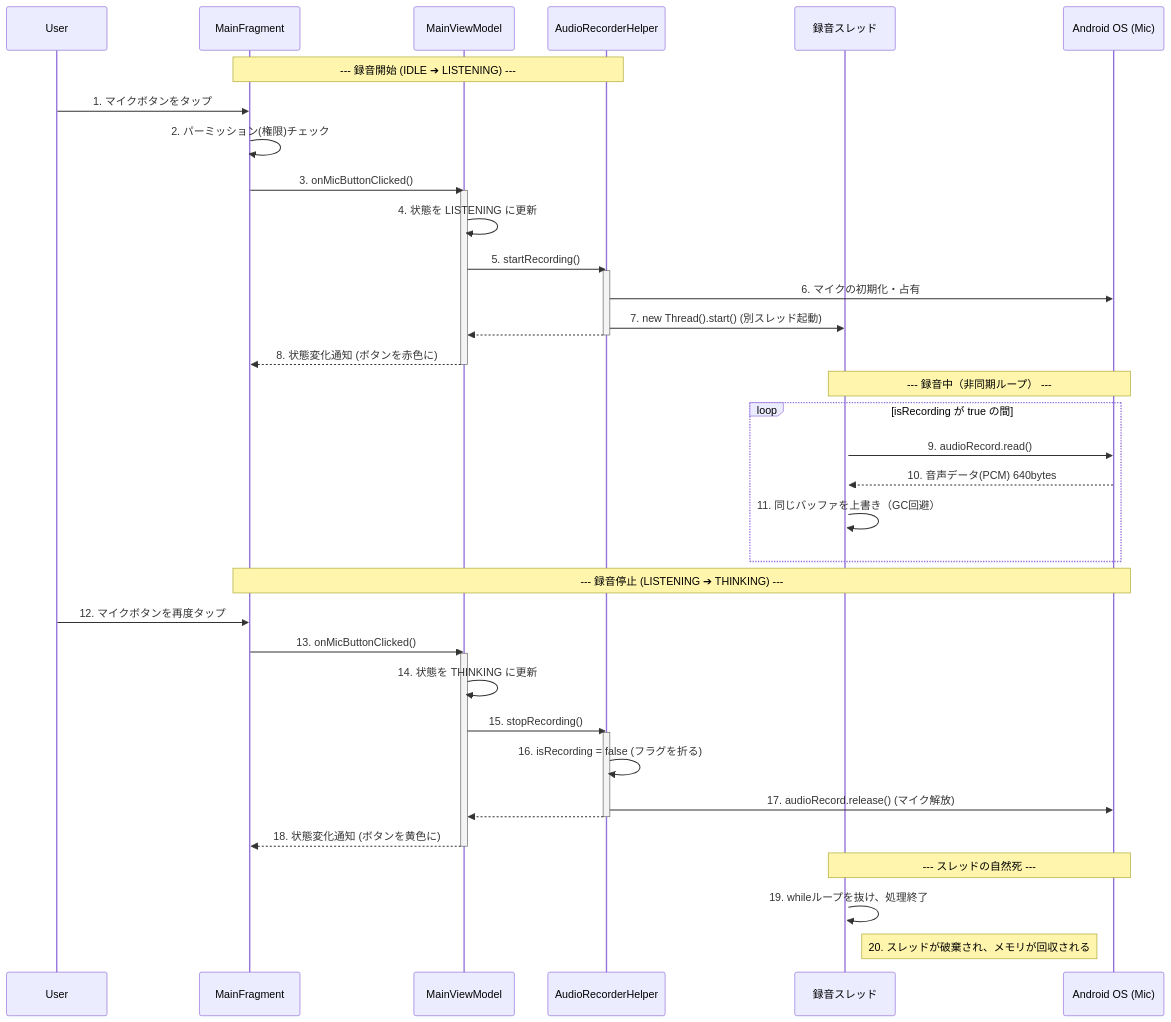
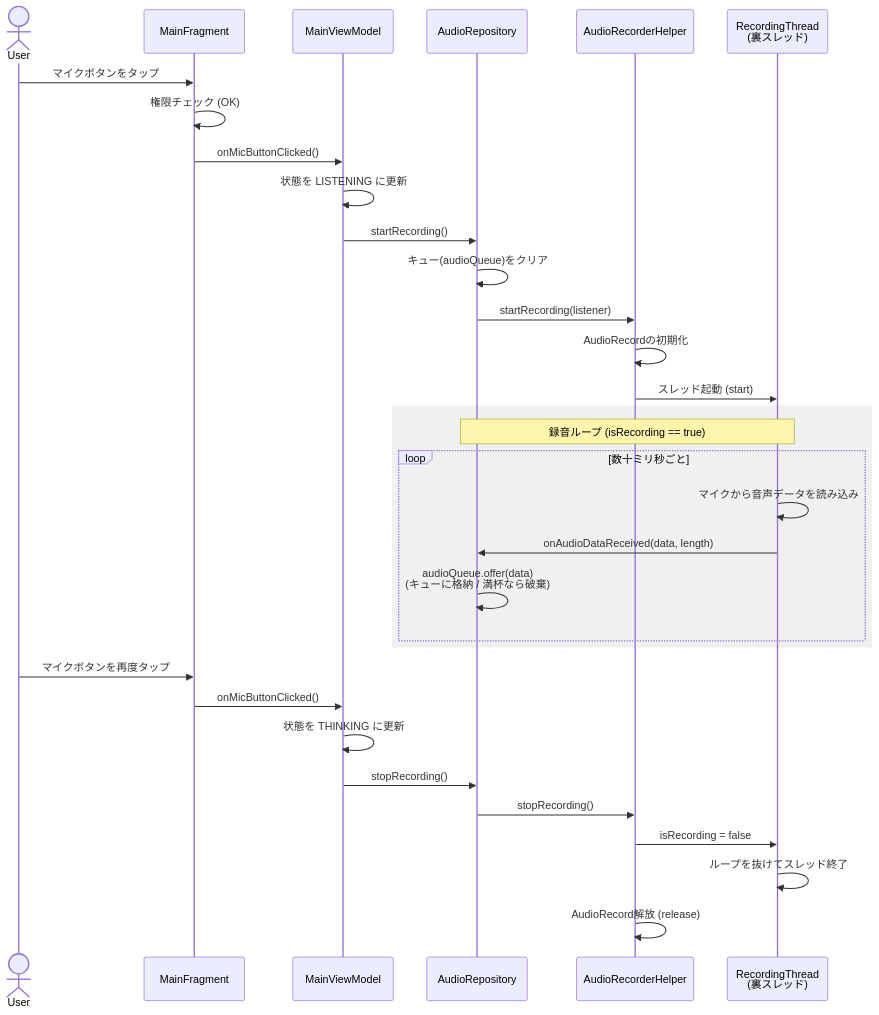
One commit to rotani/android-study changed the second of 2 diagrams in README.md. Above: the diagram before and after it, drawn with Mermaid. The commit also changed other lines of this file and 4 other files, not shown here.

````diff
--- a/README.md
+++ b/README.md
@@ -72,51 +69,37 @@
 ```mermaid
 sequenceDiagram
-    participant User
-    participant View as MainFragment
+    actor User
+    participant UI as MainFragment
     participant VM as MainViewModel
+    participant Repo as AudioRepository
     participant Audio as AudioRecorderHelper
-    participant Thread as 録音スレッド
-    participant OS as Android OS (Mic)
+    participant Thread as RecordingThread<br/>(裏スレッド)
 
-    Note over View, Audio: --- 録音開始 (IDLE ➔ LISTENING) ---
-    User->>View: 1. マイクボタンをタップ
-    View->>View: 2. パーミッション(権限)チェック
-    View->>VM: 3. onMicButtonClicked()
-    activate VM
-    VM->>VM: 4. 状態を LISTENING に更新
-    VM->>Audio: 5. startRecording()
-    activate Audio
-    Audio->>OS: 6. マイクの初期化・占有
-    Audio->>Thread: 7. new Thread().start() (別スレッド起動)
-    activate Thread
-    Audio-->>VM: 
-    deactivate Audio
-    VM-->>View: 8. 状態変化通知 (ボタンを赤色に)
-    deactivate VM
+    User->>UI: マイクボタンをタップ
+    UI->>UI: 権限チェック (OK)
+    UI->>VM: onMicButtonClicked()
+    VM->>VM: 状態を LISTENING に更新
+    VM->>Repo: startRecording()
+    Repo->>Repo: キュー(audioQueue)をクリア
+    Repo->>Audio: startRecording(listener)
+    Audio->>Audio: AudioRecordの初期化
+    Audio->>Thread: スレッド起動 (start)
 
-    Note over Thread, OS: --- 録音中（非同期ループ） ---
-    loop isRecording が true の間
-        Thread->>OS: 9. audioRecord.read()
-        OS-->>Thread: 10. 音声データ(PCM) 640bytes
-        Thread->>Thread: 11. 同じバッファを上書き（GC回避）
+    rect rgb(240, 240, 240)
+        Note over Thread, Repo: 録音ループ (isRecording == true)
+        loop 数十ミリ秒ごと
+            Thread->>Thread: マイクから音声データを読み込み
+            Thread->>Repo: onAudioDataReceived(data, length)
+            Repo->>Repo: audioQueue.offer(data) <br/>(キューに格納 / 満杯なら破棄)
+        end
     end
 
-    Note over View, OS: --- 録音停止 (LISTENING ➔ THINKING) ---
-    User->>View: 12. マイクボタンを再度タップ
-    View->>VM: 13. onMicButtonClicked()
-    activate VM
-    VM->>VM: 14. 状態を THINKING に更新
-    VM->>Audio: 15. stopRecording()
-    activate Audio
-    Audio->>Audio: 16. isRecording = false (フラグを折る)
-    Audio->>OS: 17. audioRecord.release() (マイク解放)
-    Audio-->>VM: 
-    deactivate Audio
-    VM-->>View: 18. 状態変化通知 (ボタンを黄色に)
-    deactivate VM
-
-    Note over Thread, OS: --- スレッドの自然死 ---
-    Thread->>Thread: 19. whileループを抜け、処理終了
-    destroy Thread
-    Note right of Thread: 20. スレッドが破棄され、メモリが回収される
+    User->>UI: マイクボタンを再度タップ
+    UI->>VM: onMicButtonClicked()
+    VM->>VM: 状態を THINKING に更新
+    VM->>Repo: stopRecording()
+    Repo->>Audio: stopRecording()
+    Audio->>Thread: isRecording = false
+    Thread->>Thread: ループを抜けてスレッド終了
+    Audio->>Audio: AudioRecord解放 (release)
 ```
````
